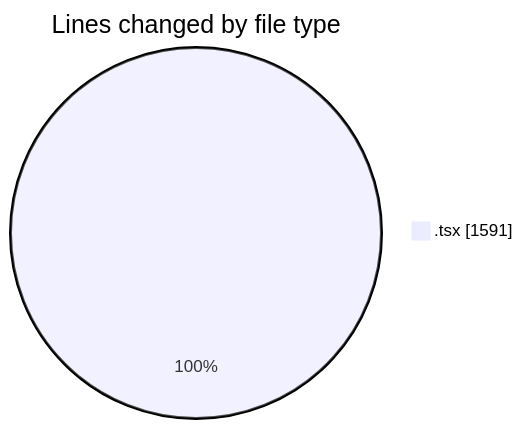
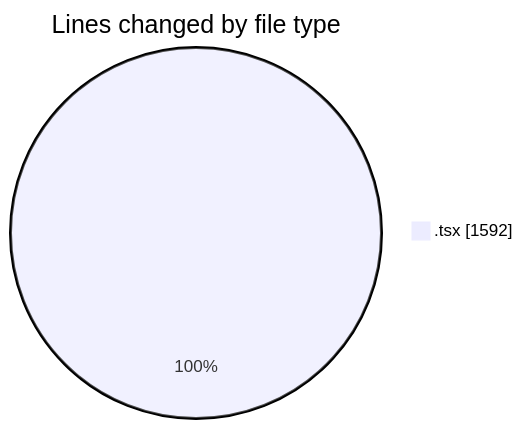
The first of 2 diagrams in 2026-03-18/nxtqube_webapp/README.md (nxtqubesakshisongat/code-tracking), drawn with Mermaid before and after one commit. The commit also changed other lines of this file and 1 other file, not shown here.

````diff
--- a/2026-03-18/nxtqube_webapp/README.md
+++ b/2026-03-18/nxtqube_webapp/README.md
@@ -23,5 +23,5 @@
 ```mermaid
 pie showData
 title Lines changed by file type
-".tsx" : 1591
+".tsx" : 1592
 ```
````
